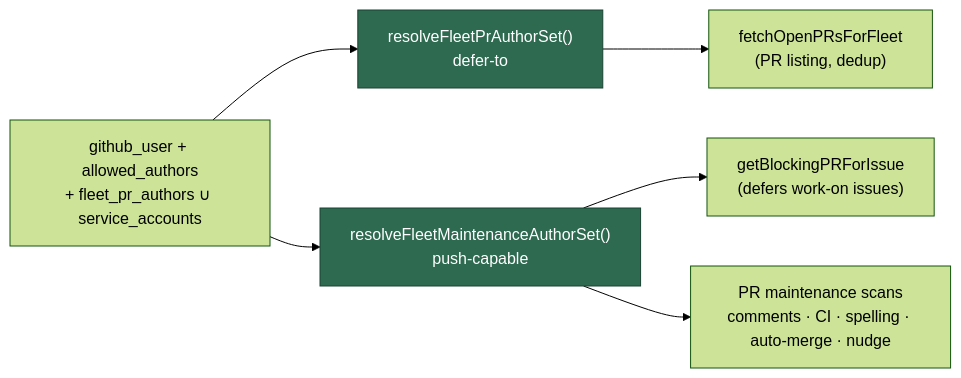
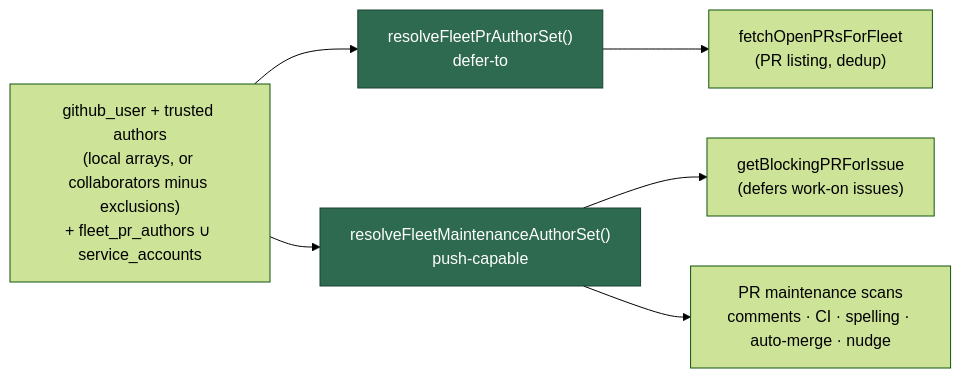
Before and after one commit to stSoftwareAU/VibeCoder: the fourth of 8 diagrams in docs/CONFIGURATION.md, drawn with Mermaid (forest theme). The commit also changed other lines of this file and 7 other files, not shown here.

````diff
--- a/docs/CONFIGURATION.md
+++ b/docs/CONFIGURATION.md
@@ -1424,11 +1574,11 @@
 ```mermaid
 flowchart LR
-    C["github_user + allowed_authors<br/>+ fleet_pr_authors ∪ service_accounts"]
+    C["github_user + trusted authors<br/>(local arrays, or collaborators minus exclusions)<br/>+ fleet_pr_authors ∪ service_accounts"]
     C --> R["resolveFleetPrAuthorSet()<br/>defer-to"]
     C --> P["resolveFleetMaintenanceAuthorSet()<br/>push-capable"]
     R --> D["fetchOpenPRsForFleet<br/>(PR listing, dedup)"]
     P --> B["getBlockingPRForIssue<br/>(defers work-on issues)"]
     P --> M["PR maintenance scans<br/>comments · CI · spelling · auto-merge · nudge"]
     style R fill:#2d6a4f,stroke:#1b4332,color:#fff
     style P fill:#2d6a4f,stroke:#1b4332,color:#fff
 ```
````
